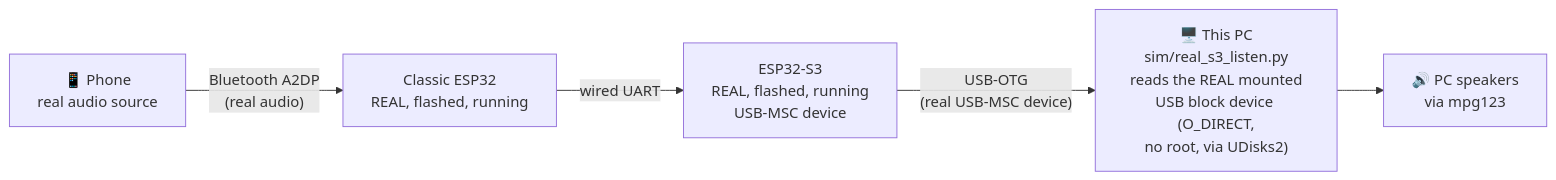
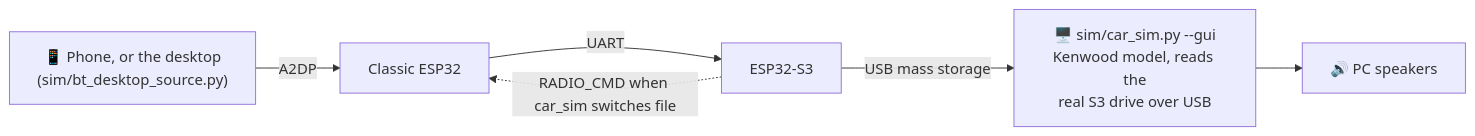
One commit to Silenttttttt/esp32-bt-usb-mp3-dongle changed the second of 2 diagrams in ARCHITECTURE.md. Above: the diagram before and after it, drawn with Mermaid. The commit also changed other lines of this file and 6 other files, not shown here.

First line of the commit message:
Docs: rewrite README, ARCHITECTURE, CLAUDE.md for v2; mark pre-S3 runbooks historical

````diff
--- a/ARCHITECTURE.md
+++ b/ARCHITECTURE.md
@@ -78,13 +125,14 @@
 ```mermaid
 graph LR
-    Phone["📱 Phone<br/>real audio source"]
-    Classic["Classic ESP32<br/>REAL, flashed, running"]
-    S3["ESP32-S3<br/>REAL, flashed, running<br/>USB-MSC device"]
-    PC["🖥️ This PC<br/>sim/real_s3_listen.py<br/>reads the REAL mounted<br/>USB block device (O_DIRECT,<br/>no root, via UDisks2)"]
-    Speakers["🔊 PC speakers<br/>via mpg123"]
+    Src["📱 Phone, or the desktop<br/>(sim/bt_desktop_source.py)"]
+    Classic["Classic ESP32"]
+    S3["ESP32-S3"]
+    Sim["🖥️ sim/car_sim.py --gui<br/>Kenwood model, reads the<br/>real S3 drive over USB"]
+    Speakers["🔊 PC speakers"]
 
-    Phone -- "Bluetooth A2DP<br/>(real audio)" --> Classic
-    Classic -- "wired UART" --> S3
-    S3 -- "USB-OTG<br/>(real USB-MSC device)" --> PC
-    PC --> Speakers
+    Src -- "A2DP" --> Classic
+    Classic -- "UART" --> S3
+    S3 -- "USB mass storage" --> Sim
+    Sim --> Speakers
+    S3 -. "RADIO_CMD when car_sim switches file" .-> Classic
 ```
````
